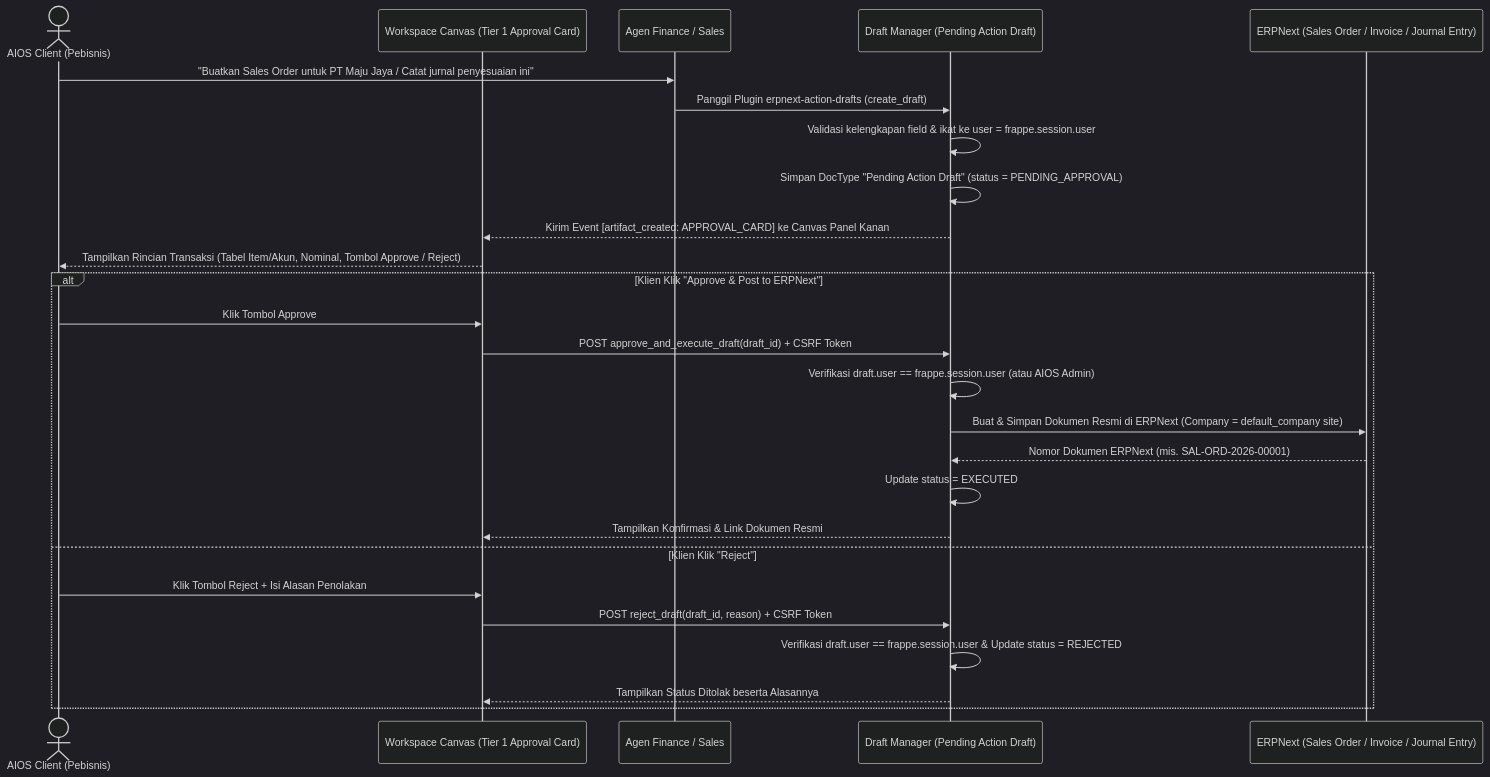
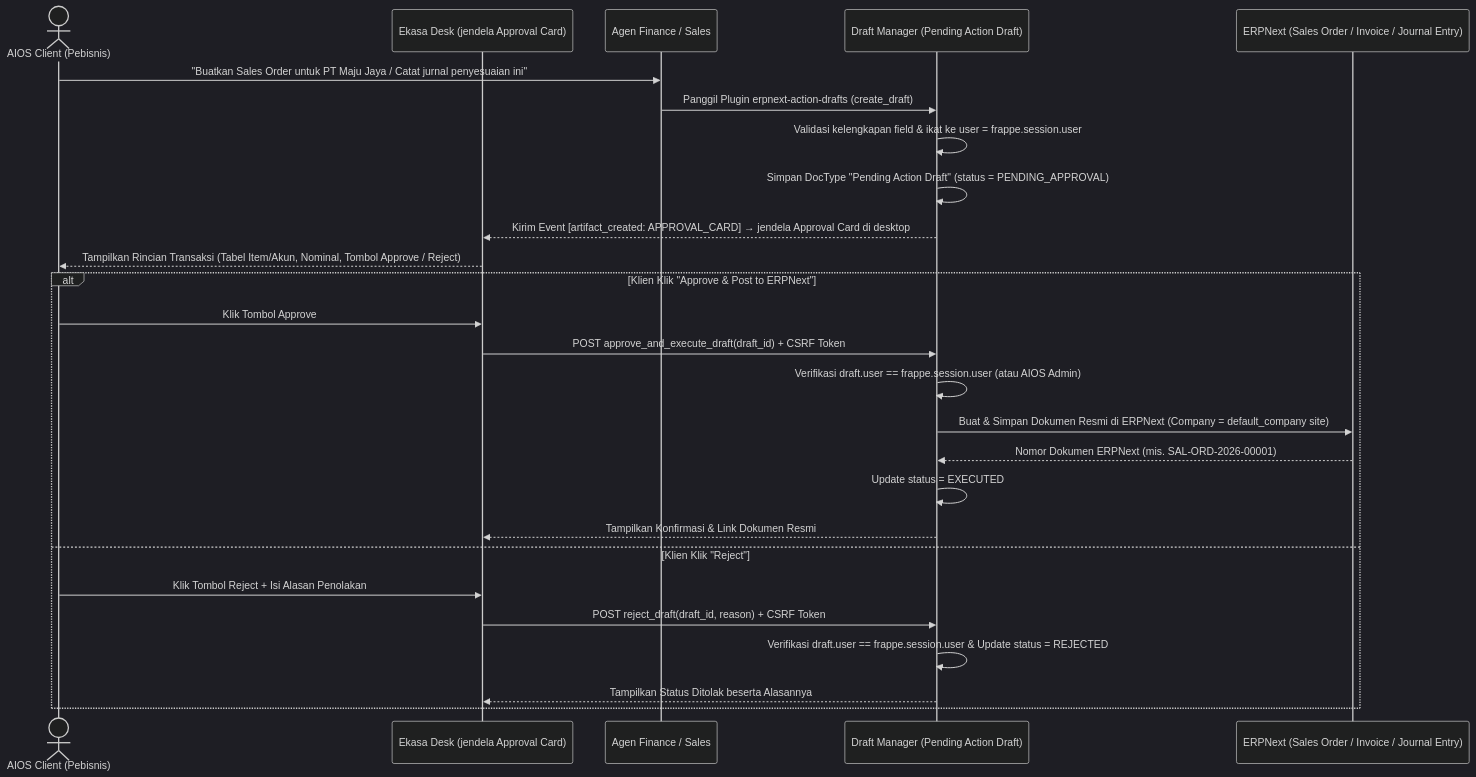
The fifth of 8 diagrams in docs/04-alur-kerja-sistem.md (Tenshi1308/aios-frappe-16), drawn with Mermaid (dark theme) before and after one commit. The commit also changed other lines of this file and 8 other files, not shown here.

````diff
--- a/docs/04-alur-kerja-sistem.md
+++ b/docs/04-alur-kerja-sistem.md
@@ -193,30 +193,30 @@
 ```mermaid
 sequenceDiagram
     actor Client as AIOS Client (Pebisnis)
-    participant UI as Workspace Canvas (Tier 1 Approval Card)
+    participant UI as Ekasa Desk (jendela Approval Card)
     participant Agent as Agen Finance / Sales
     participant DraftMgr as Draft Manager (Pending Action Draft)
     participant ERP as ERPNext (Sales Order / Invoice / Journal Entry)
 
     Client->>Agent: "Buatkan Sales Order untuk PT Maju Jaya / Catat jurnal penyesuaian ini"
     Agent->>DraftMgr: Panggil Plugin erpnext-action-drafts (create_draft)
     DraftMgr->>DraftMgr: Validasi kelengkapan field & ikat ke user = frappe.session.user
     DraftMgr->>DraftMgr: Simpan DocType "Pending Action Draft" (status = PENDING_APPROVAL)
-    DraftMgr-->>UI: Kirim Event [artifact_created: APPROVAL_CARD] ke Canvas Panel Kanan
+    DraftMgr-->>UI: Kirim Event [artifact_created: APPROVAL_CARD] → jendela Approval Card di desktop
     UI-->>Client: Tampilkan Rincian Transaksi (Tabel Item/Akun, Nominal, Tombol Approve / Reject)
 
     alt Klien Klik "Approve & Post to ERPNext"
         Client->>UI: Klik Tombol Approve
         UI->>DraftMgr: POST approve_and_execute_draft(draft_id) + CSRF Token
         DraftMgr->>DraftMgr: Verifikasi draft.user == frappe.session.user (atau AIOS Admin)
         DraftMgr->>ERP: Buat & Simpan Dokumen Resmi di ERPNext (Company = default_company site)
         ERP-->>DraftMgr: Nomor Dokumen ERPNext (mis. SAL-ORD-2026-00001)
         DraftMgr->>DraftMgr: Update status = EXECUTED
         DraftMgr-->>UI: Tampilkan Konfirmasi & Link Dokumen Resmi
     else Klien Klik "Reject"
         Client->>UI: Klik Tombol Reject + Isi Alasan Penolakan
         UI->>DraftMgr: POST reject_draft(draft_id, reason) + CSRF Token
         DraftMgr->>DraftMgr: Verifikasi draft.user == frappe.session.user & Update status = REJECTED
         DraftMgr-->>UI: Tampilkan Status Ditolak beserta Alasannya
     end
 ```
````
